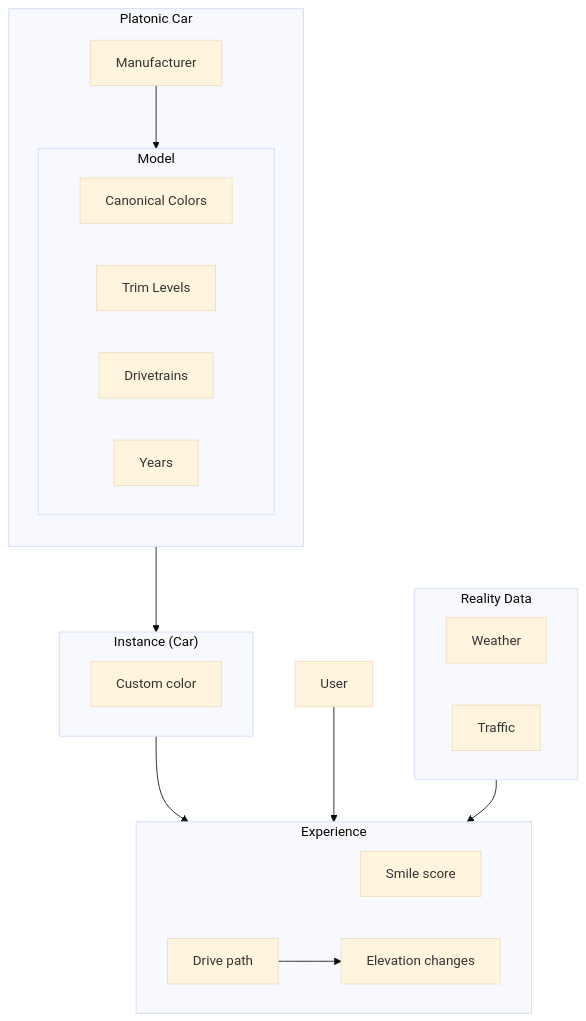
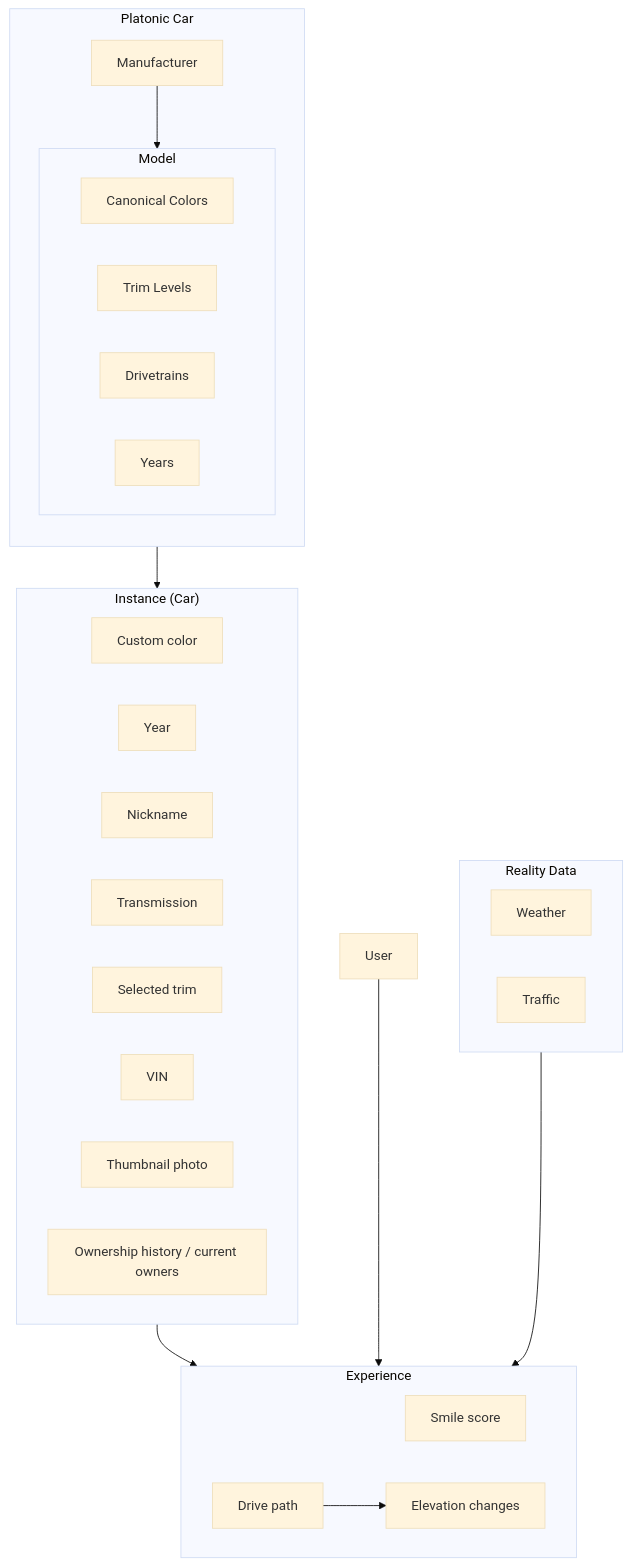
Before and after one commit to UUeird/dyno: the diagram in docs/product.md, drawn with Mermaid (base theme). The commit also changed other lines of this file and 16 other files, not shown here.

First line of the commit message:
Schema review: Experience linking, drivetrain, model years (#24)

````diff
--- a/docs/product.md
+++ b/docs/product.md
@@ -7,29 +7,36 @@
 ```mermaid
 flowchart TD
     subgraph PlatonicCar["Platonic Car"]
         direction TD
         Manufacturer --> Model
         subgraph Model["Model"]
             CanonicalColors["Canonical Colors"]
             Trim["Trim Levels"]
             Drivetrain["Drivetrains"]
             Year["Years"]
         end
     end
     subgraph Instance["Instance (Car)"]
         CustomColor["Custom color"]
+        InstanceYear["Year"]
+        Nickname["Nickname"]
+        Transmission["Transmission"]
+        SelectedTrim["Selected trim"]
+        VIN["VIN"]
+        ThumbnailPhoto["Thumbnail photo"]
+        Ownership["Ownership history / current owners"]
     end
     PlatonicCar --> Instance
     subgraph Experience["Experience"]
         SmileScore["Smile score"]
         DrivePath["Drive path"] --> Elevation["Elevation changes"]
     end
     Instance --> Experience
     User --> Experience
 
     subgraph RealityData["Reality Data"]
         Weather
         Traffic
     end
     RealityData --> Experience
 ```
````
